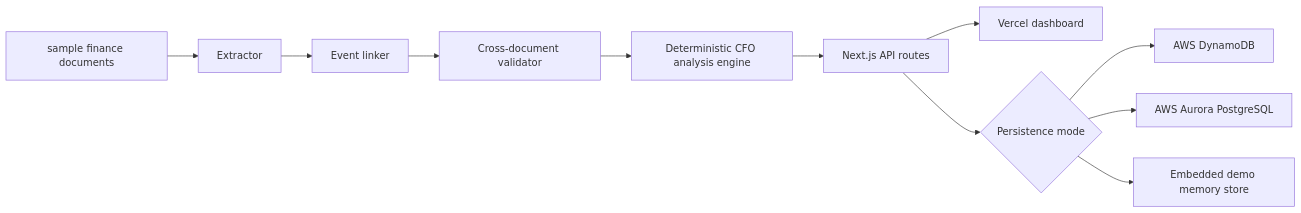
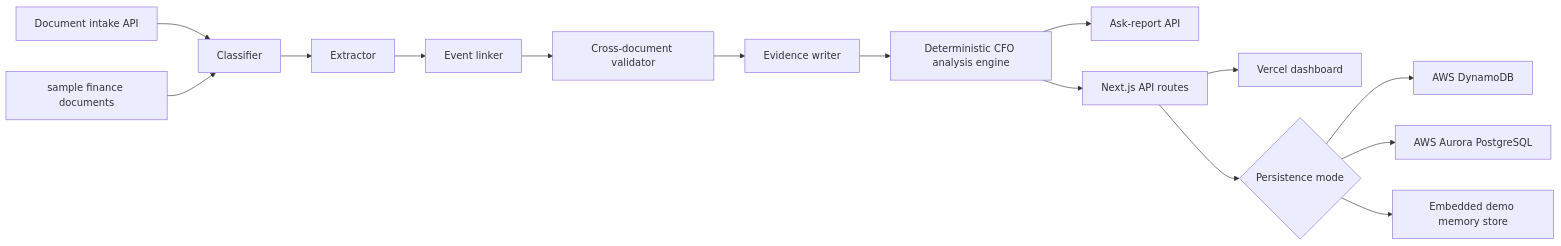
Before and after one commit to upgradedev/h0-archon: the diagram in docs/ARCHITECTURE_AND_EVIDENCE.md, drawn with Mermaid. The commit also changed other lines of this file and 12 other files, not shown here.

````diff
--- a/docs/ARCHITECTURE_AND_EVIDENCE.md
+++ b/docs/ARCHITECTURE_AND_EVIDENCE.md
@@ -14,13 +14,17 @@
 ```mermaid
 flowchart LR
-  DemoData["sample finance documents"] --> Extractor["Extractor"]
+  Intake["Document intake API"] --> Classifier["Classifier"]
+  DemoData["sample finance documents"] --> Classifier
+  Classifier --> Extractor["Extractor"]
   Extractor --> Linker["Event linker"]
   Linker --> Validator["Cross-document validator"]
-  Validator --> Analysis["Deterministic CFO analysis engine"]
+  Validator --> Reporter["Evidence writer"]
+  Reporter --> Analysis["Deterministic CFO analysis engine"]
+  Analysis --> Ask["Ask-report API"]
   Analysis --> Api["Next.js API routes"]
   Api --> Ui["Vercel dashboard"]
   Api --> Store{"Persistence mode"}
   Store --> Dynamo["AWS DynamoDB"]
   Store --> Aurora["AWS Aurora PostgreSQL"]
   Store --> Memory["Embedded demo memory store"]
 ```
````
